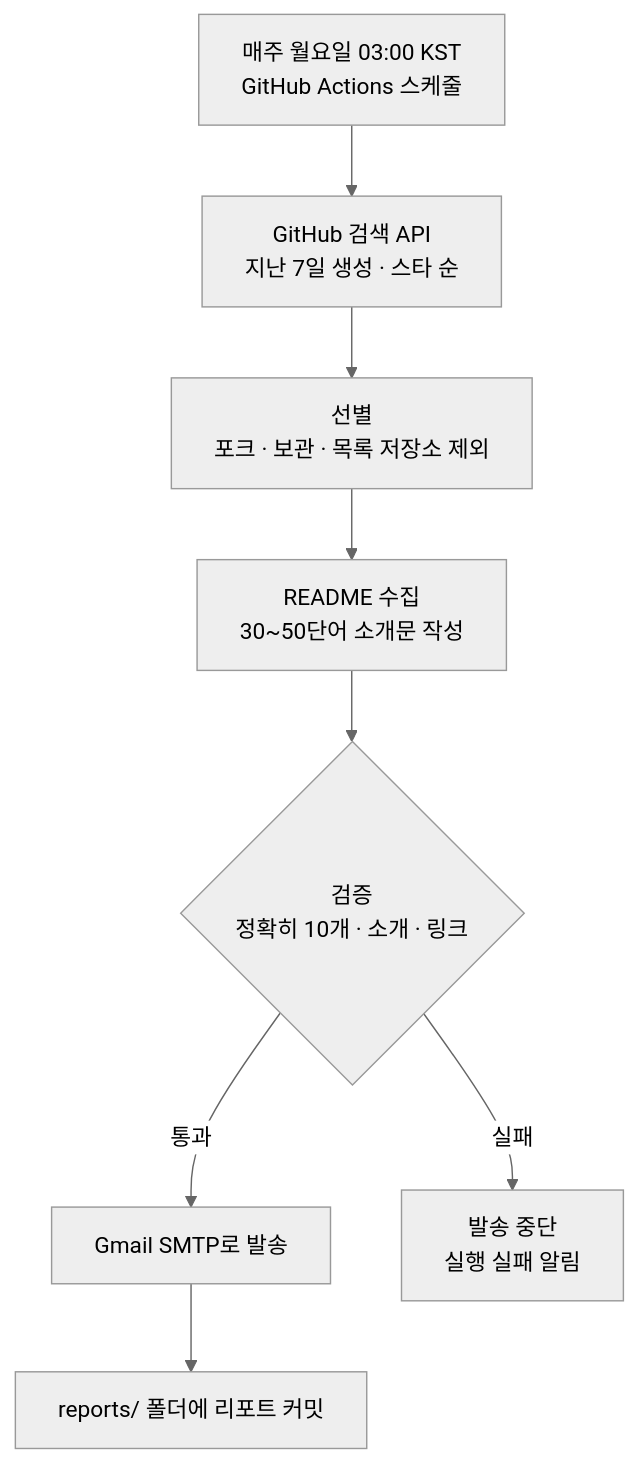
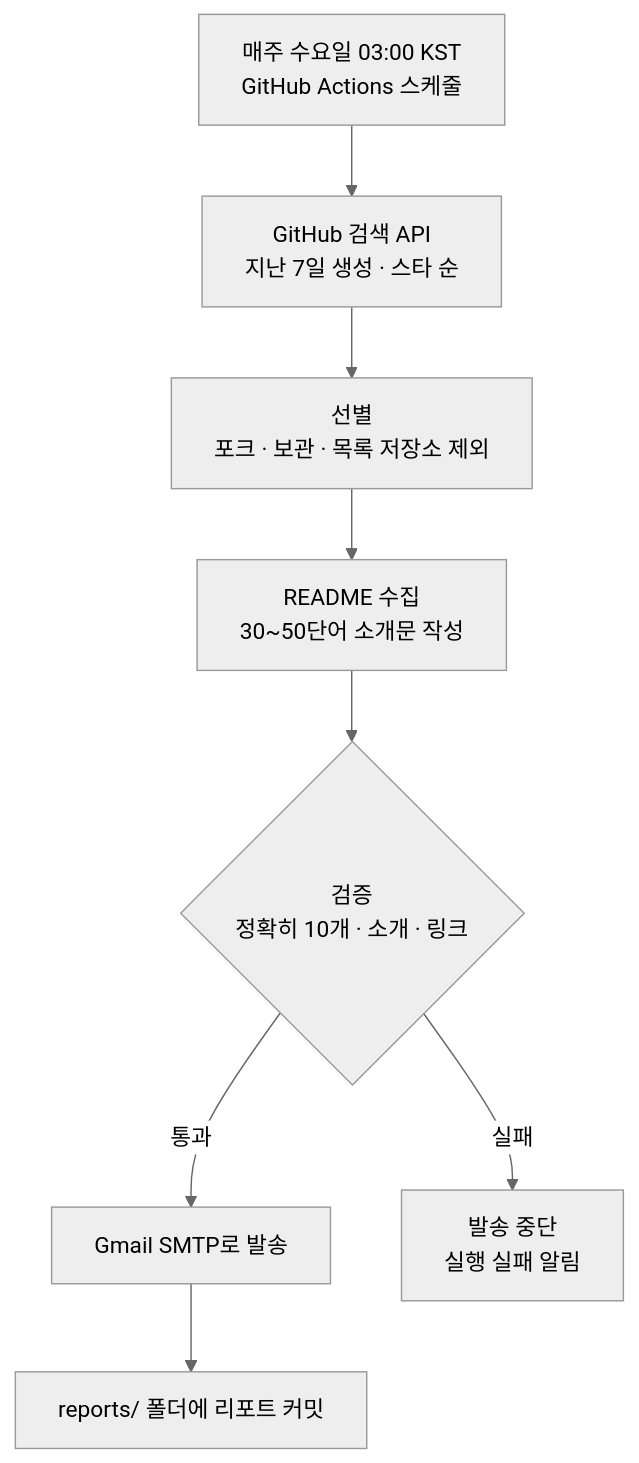
The diagram in README.md (roy888682/github-weekly-trends), drawn with Mermaid (neutral theme) before and after one commit. The commit also changed other lines of this file, not shown here.

Commit message:
Update setup guide for the Wednesday 03:00 KST schedule

````diff
--- a/README.md
+++ b/README.md
@@ -19,10 +19,10 @@
 ```mermaid
 flowchart TD
-    A["매주 월요일 03:00 KST<br/>GitHub Actions 스케줄"] --> B["GitHub 검색 API<br/>지난 7일 생성 · 스타 순"]
+    A["매주 수요일 03:00 KST<br/>GitHub Actions 스케줄"] --> B["GitHub 검색 API<br/>지난 7일 생성 · 스타 순"]
     B --> C["선별<br/>포크 · 보관 · 목록 저장소 제외"]
     C --> D["README 수집<br/>30~50단어 소개문 작성"]
     D --> E{"검증<br/>정확히 10개 · 소개 · 링크"}
     E -- 통과 --> F["Gmail SMTP로 발송"]
     E -- 실패 --> G["발송 중단<br/>실행 실패 알림"]
     F --> H["reports/ 폴더에 리포트 커밋"]
 ```
````
